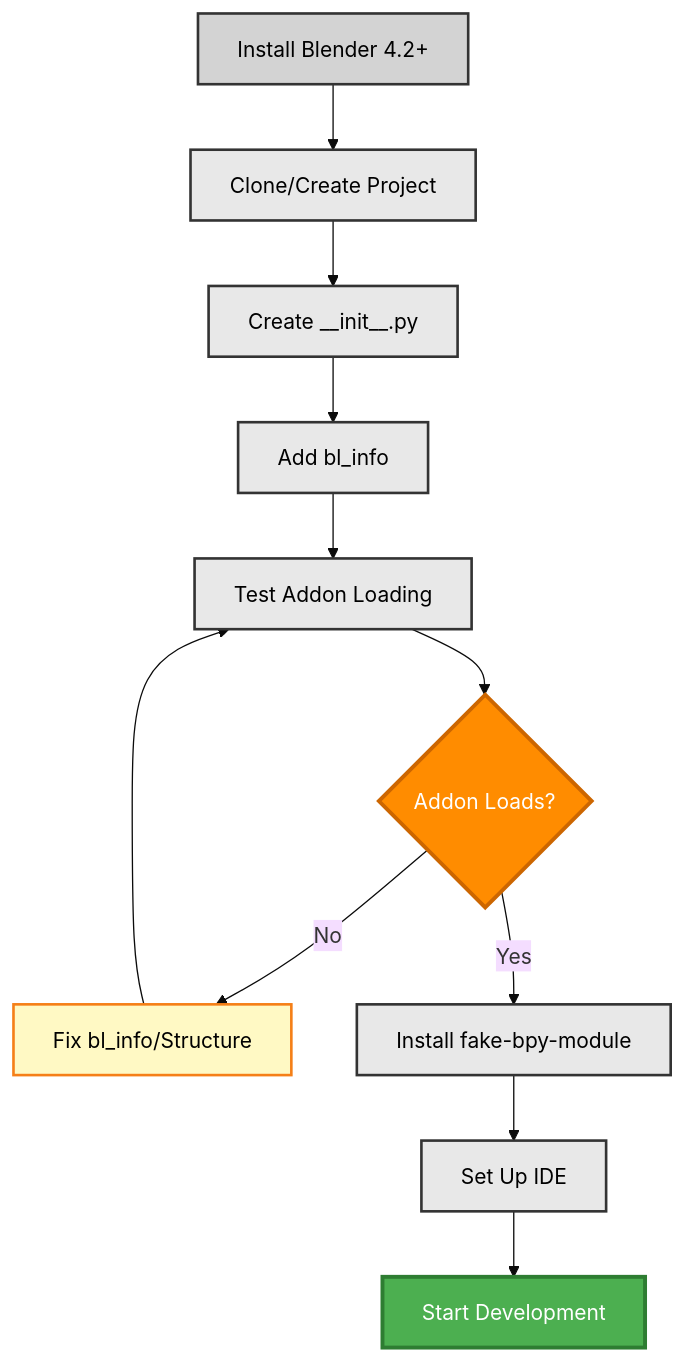
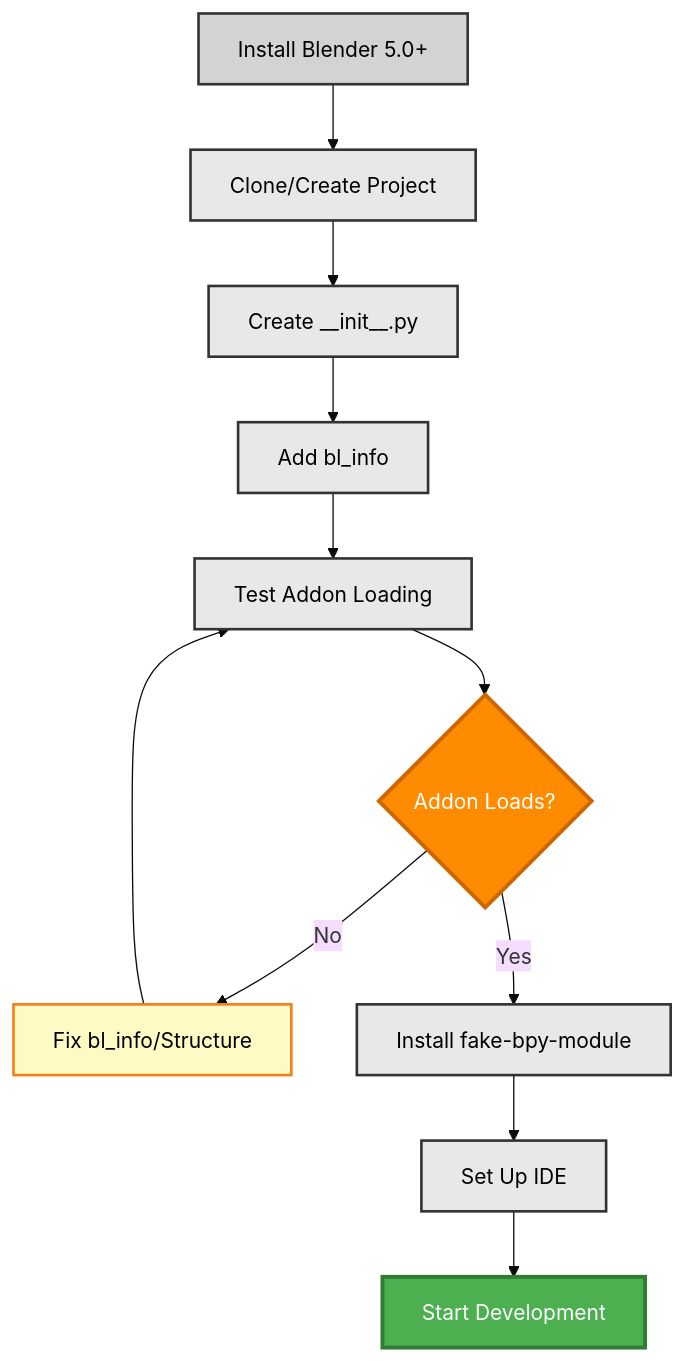
The second of 2 diagrams in Blender_USD_StableExport_RESEARCH.md (jph2/Blender_USD_MultiExport), drawn with Mermaid (base theme) before and after one commit. The commit also changed other lines of this file and 4 other files, not shown here.

````diff
--- a/Blender_USD_StableExport_RESEARCH.md
+++ b/Blender_USD_StableExport_RESEARCH.md
@@ -675,25 +819,25 @@
 ```mermaid
 flowchart TD
-    A[Install Blender 4.2+] --> B[Clone/Create Project]
+    A[Install Blender 5.0+] --> B[Clone/Create Project]
     B --> C[Create __init__.py]
     C --> D[Add bl_info]
     D --> E[Test Addon Loading]
     E --> F{Addon Loads?}
     F -->|No| G[Fix bl_info/Structure]
     G --> E
     F -->|Yes| H[Install fake-bpy-module]
     H --> I[Set Up IDE]
     I --> J[Start Development]
     
     %% High contrast styles for readability
     style A fill:#d3d3d3,stroke:#333,stroke-width:2px,color:#000000
     style B fill:#e8e8e8,stroke:#333,stroke-width:2px,color:#000000
     style C fill:#e8e8e8,stroke:#333,stroke-width:2px,color:#000000
     style D fill:#e8e8e8,stroke:#333,stroke-width:2px,color:#000000
     style E fill:#e8e8e8,stroke:#333,stroke-width:2px,color:#000000
     style F fill:#ff8c00,stroke:#cc6600,stroke-width:3px,color:#ffffff
     style G fill:#fff9c4,stroke:#f57f17,stroke-width:2px,color:#000000
     style H fill:#e8e8e8,stroke:#333,stroke-width:2px,color:#000000
     style I fill:#e8e8e8,stroke:#333,stroke-width:2px,color:#000000
     style J fill:#4caf50,stroke:#2e7d32,stroke-width:3px,color:#ffffff
 ```
````
